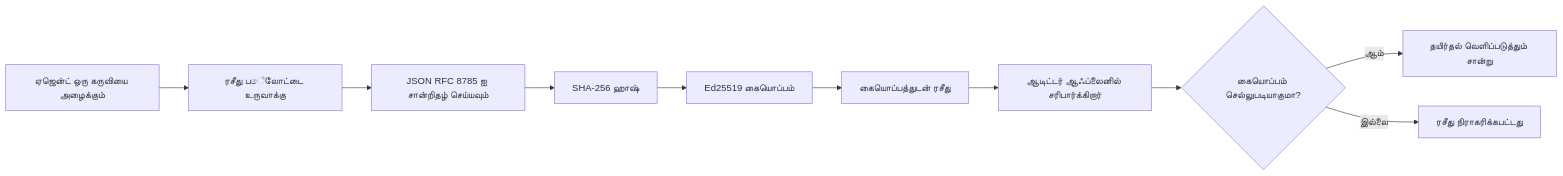
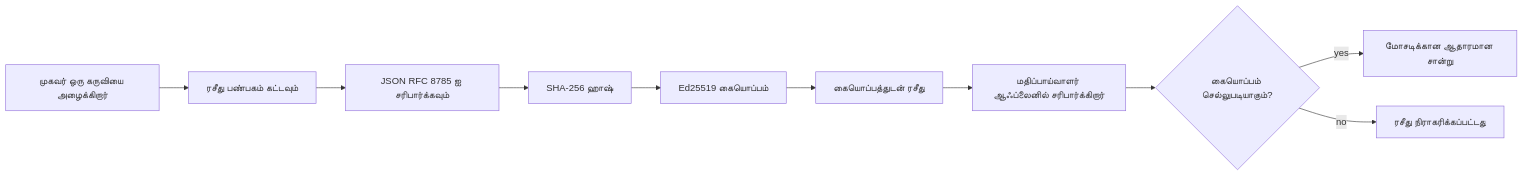
Before and after one commit to microsoft/ai-agents-for-beginners: the first of 2 diagrams in translations/ta/18-securing-ai-agents/README.md, drawn with Mermaid. The commit also changed other lines of this file and 219 other files, not shown here.

````diff
--- a/translations/ta/18-securing-ai-agents/README.md
+++ b/translations/ta/18-securing-ai-agents/README.md
@@ -51,12 +51,12 @@
 ```mermaid
 flowchart LR
-    A[ஏஜென்ட் ஒரு கருவியை அழைக்கும்] --> B[ரசீது பේலோட்டை உருவாக்கு]
-    B --> C[JSON RFC 8785 ஐ சான்றிதழ் செய்யவும்]
+    A[முகவர் ஒரு கருவியை அழைக்கிறார்] --> B[ரசீது பண்பகம் கட்டவும்]
+    B --> C[JSON RFC 8785 ஐ சரிபார்க்கவும்]
     C --> D[SHA-256 ஹாஷ்]
     D --> E[Ed25519 கையொப்பம்]
     E --> F[கையொப்பத்துடன் ரசீது]
-    F --> G[ஆடிட்டர் ஆஃப்லைனில் சரிபார்க்கிறார்]
-    G --> H{கையொப்பம் செல்லுபடியாகுமா?}
-    H -- ஆம் --> I[தயிர்தல் வெளிப்படுத்தும் சான்று]
-    H -- இல்லை --> J[ரசீது நிராகரிக்கபட்டது]
+    F --> G[மதிப்பாய்வாளர் ஆஃப்லைனில் சரிபார்க்கிறார்]
+    G --> H{கையொப்பம் செல்லுபடியாகும்?}
+    H -- yes --> I[மோசடிக்கான ஆதாரமான சான்று]
+    H -- no --> J[ரசீது நிராகரிக்கப்பட்டது]
 ```
````
